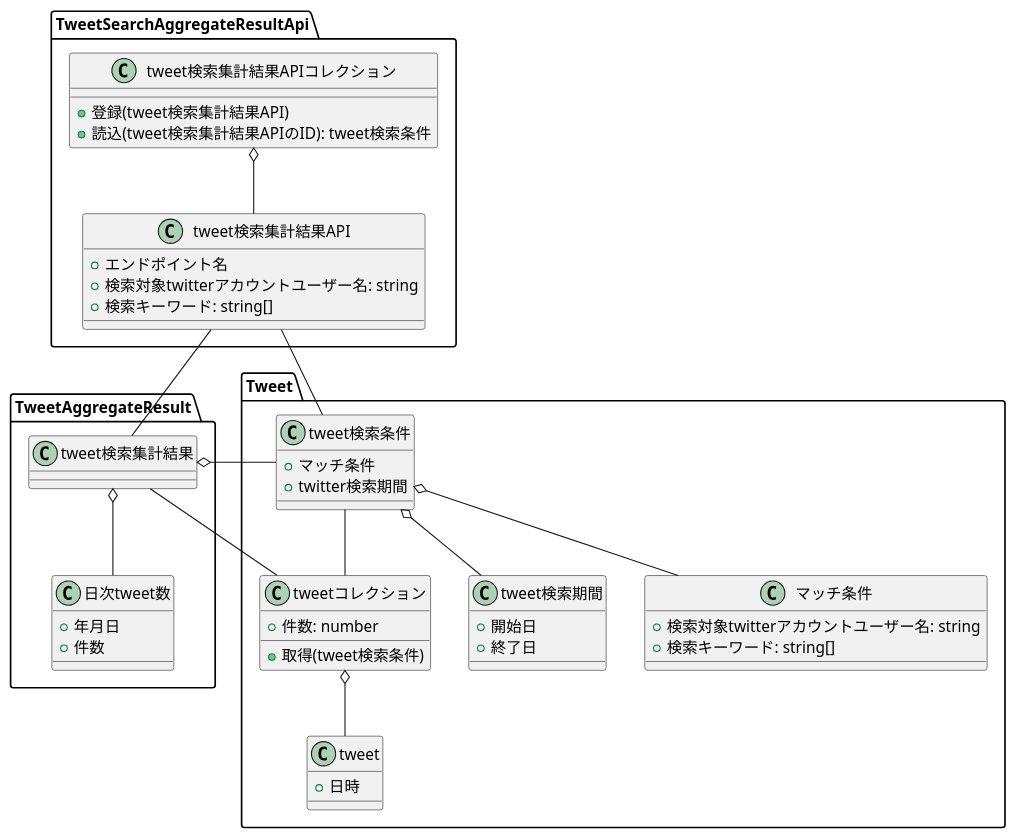
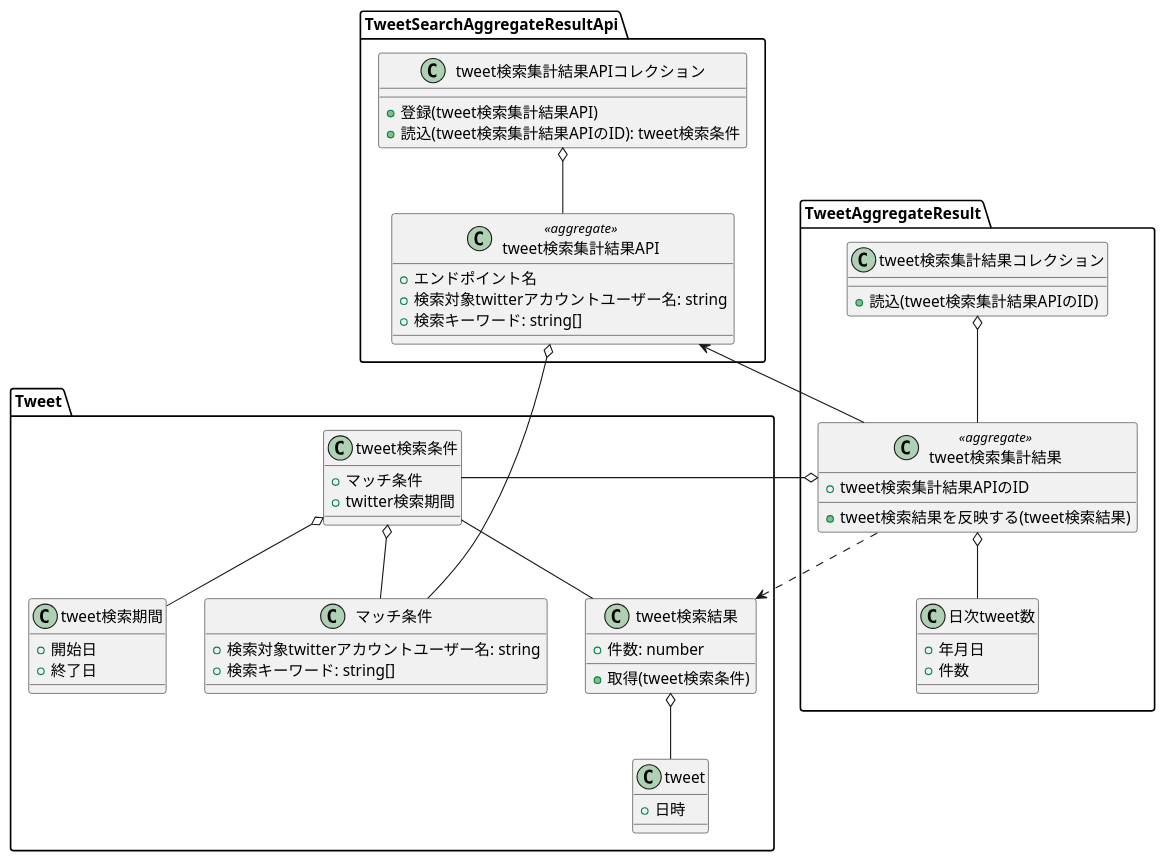
Before and after one commit to wand2016/twitter-counter-api-generator: the diagram in analysis/domain.puml, drawn with PlantUML.

Commit message:
ドメイン再蒸留(単方向データフロー)

```diff
--- a/analysis/domain.puml
+++ b/analysis/domain.puml
@@ -1,76 +1,85 @@
 @startuml
 
 package TweetSearchAggregateResultApi{
 
 class tweet検索集計結果APIコレクション {
  + 登録(tweet検索集計結果API)
  + 読込(tweet検索集計結果APIのID): tweet検索条件
 }
 
-class tweet検索集計結果API {
+class tweet検索集計結果API<<aggregate>> {
   + エンドポイント名
   + 検索対象twitterアカウントユーザー名: string
   + 検索キーワード: string[]
 }
 
 tweet検索集計結果APIコレクション o-- tweet検索集計結果API
 
 }
 
 package Tweet {
 
 class tweet {
   + 日時
 }
 
-class tweetコレクション{
+class tweet検索結果{
   + 件数: number
   + 取得(tweet検索条件)
 }
 
-tweetコレクション o-d- tweet
+tweet検索結果 o-d- tweet
 
 class tweet検索期間{
   + 開始日
   + 終了日
 }
 
 class tweet検索条件{
   + マッチ条件
   + twitter検索期間
 }
 
 class マッチ条件 {
   + 検索対象twitterアカウントユーザー名: string
   + 検索キーワード: string[]
 }
 
 tweet検索条件 o-- マッチ条件
 tweet検索条件 o-- tweet検索期間
 
 }
 
-tweet検索集計結果API -- tweet検索条件
+tweet検索集計結果API o--- マッチ条件
 
 
 
 package TweetAggregateResult{
 
-class tweet検索集計結果
+class tweet検索集計結果コレクション {
+  + 読込(tweet検索集計結果APIのID)
+}
+
+class tweet検索集計結果<<aggregate>> {
+  + tweet検索集計結果APIのID
+  + tweet検索結果を反映する(tweet検索結果)
+}
+
+tweet検索集計結果コレクション o-- tweet検索集計結果
 tweet検索集計結果 o-- tweet検索条件
-tweetコレクション -r- tweet検索集計結果
+tweet検索集計結果 .l.> tweet検索結果
 class 日次tweet数 {
   + 年月日
   + 件数
 }
 
 tweet検索集計結果 o-d- 日次tweet数
 
 }
 
-tweet検索条件 -- tweetコレクション
+tweet検索条件 -- tweet検索結果
 
-tweet検索集計結果API -- tweet検索集計結果
+tweet検索集計結果 -u-> tweet検索集計結果API
 
 
 @enduml
```
